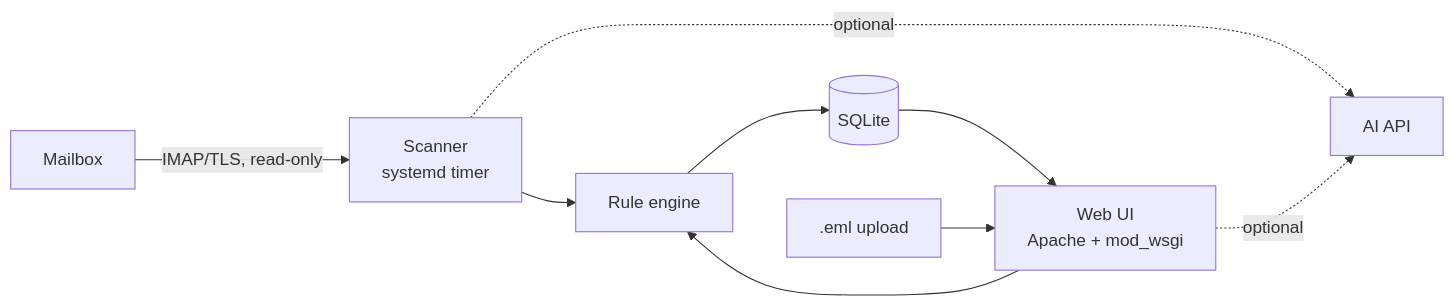
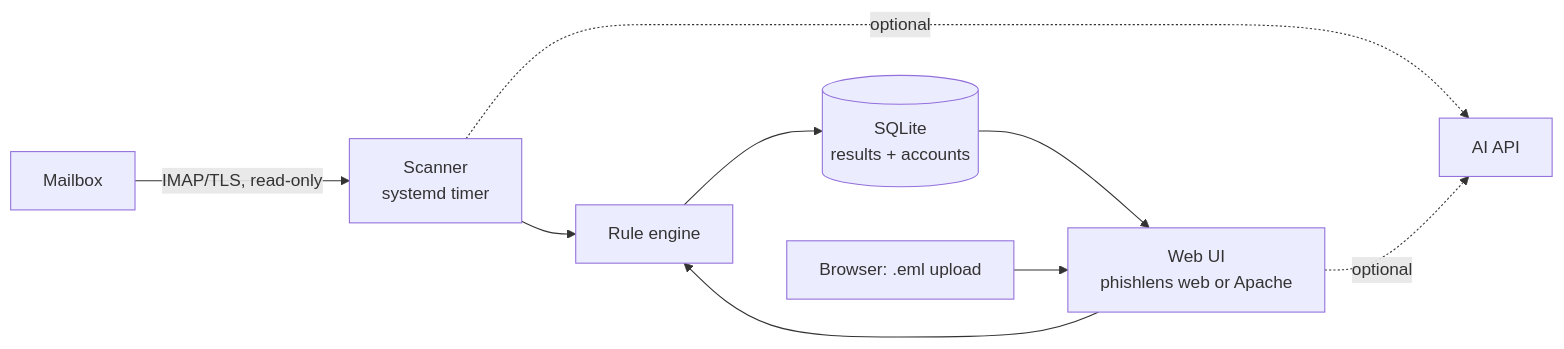
The diagram in README.md (aelof1/phishlens), drawn with Mermaid before and after one commit. The commit also changed other lines of this file and 24 other files, not shown here.

First line of the commit message:
Web v2: user accounts, new responsive UI, FR/EN, phishlens web (v1.2.0)

````diff
--- a/README.md
+++ b/README.md
@@ -25,11 +36,11 @@
 ```mermaid
 flowchart LR
     M[Mailbox] -- "IMAP/TLS, read-only" --> S[Scanner<br>systemd timer]
     S --> E[Rule engine]
-    E --> D[(SQLite)]
-    D --> W[Web UI<br>Apache + mod_wsgi]
-    U[.eml upload] --> W
+    E --> D[(SQLite<br>results + accounts)]
+    D --> W[Web UI<br>phishlens web or Apache]
+    U[Browser: .eml upload] --> W
     W --> E
     S -. optional .-> A[AI API]
     W -. optional .-> A
 ```
````
